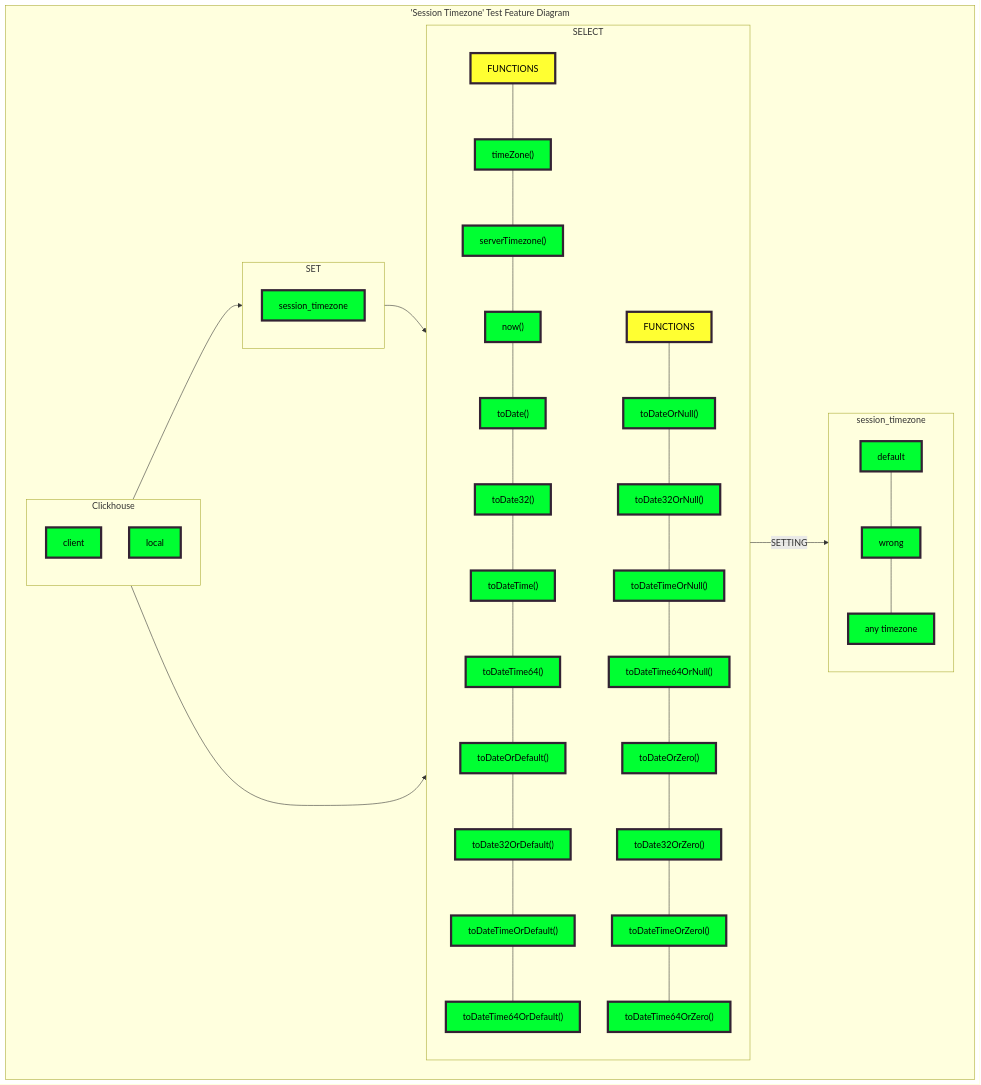
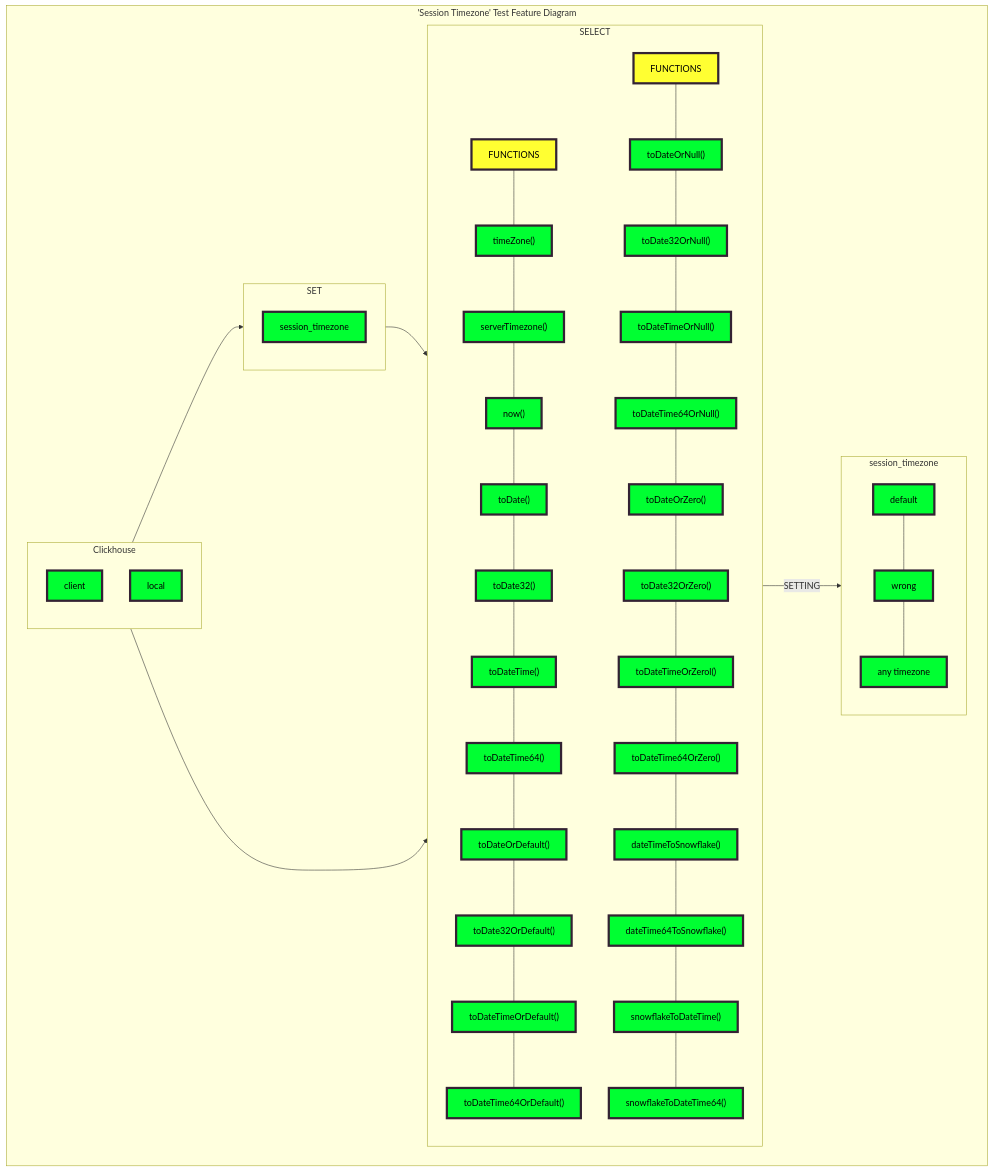
The diagram in session_timezone/requirements/requirements.md (Altinity/clickhouse-regression), drawn with Mermaid before and after one commit. The commit also changed other lines of this file and 2 other files, not shown here.

````diff
--- a/session_timezone/requirements/requirements.md
+++ b/session_timezone/requirements/requirements.md
@@ -47,65 +49,69 @@
 ```mermaid
 flowchart TB;
 
   classDef yellow fill:#ffff32,stroke:#323,stroke-width:4px,color:black;
   classDef yellow2 fill:#ffff32,stroke:#323,stroke-width:4px,color:red;
   classDef green fill:#00ff32,stroke:#323,stroke-width:4px,color:black;
   classDef red fill:red,stroke:#323,stroke-width:4px,color:black;
   classDef blue fill:blue,stroke:#323,stroke-width:4px,color:white;
   
   subgraph O["'Session Timezone' Test Feature Diagram"]
   
   C-->E-->A--"SETTING"-->D
   C-->A
 
   1A---2A---3A---4A---5A---6A---7A---8A---9A---10A---11A---12A
-  13A---14A---15A---16A---17A---18A---19A---20A---21A
+  13A---14A---15A---16A---17A---18A---19A---20A---21A---22A---23A---24A---25A
   1D---2D---3D
   
     subgraph E["SET"]
 
         1E["session_timezone"]:::green
  
     end
   
     subgraph C["Clickhouse"]
 
         1C["client"]:::green
         2C["local"]:::green
  
     end
   
     subgraph A["SELECT"]
 
         1A["FUNCTIONS"]:::yellow
         2A["timeZone()"]:::green
         3A["serverTimezone()"]:::green
         4A["now()"]:::green
         5A["toDate()"]:::green
         6A["toDate32()"]:::green
         7A["toDateTime()"]:::green
         8A["toDateTime64()"]:::green
         9A["toDateOrDefault()"]:::green
         10A["toDate32OrDefault()"]:::green
         11A["toDateTimeOrDefault()"]:::green
         12A["toDateTime64OrDefault()"]:::green
         
         13A["FUNCTIONS"]:::yellow
         14A["toDateOrNull()"]:::green
         15A["toDate32OrNull()"]:::green
         16A["toDateTimeOrNull()"]:::green
         17A["toDateTime64OrNull()"]:::green
         18A["toDateOrZero()"]:::green
         19A["toDate32OrZero()"]:::green
         20A["toDateTimeOrZerol()"]:::green
         21A["toDateTime64OrZero()"]:::green
+        22A["dateTimeToSnowflake()"]:::green
+        23A["dateTime64ToSnowflake()"]:::green
+        24A["snowflakeToDateTime()"]:::green
+        25A["snowflakeToDateTime64()"]:::green
         
     end
     
     subgraph D["session_timezone"]
         1D["default"]:::green
         2D["wrong"]:::green
         3D["any timezone"]:::green
     end
   end
 ```
````
